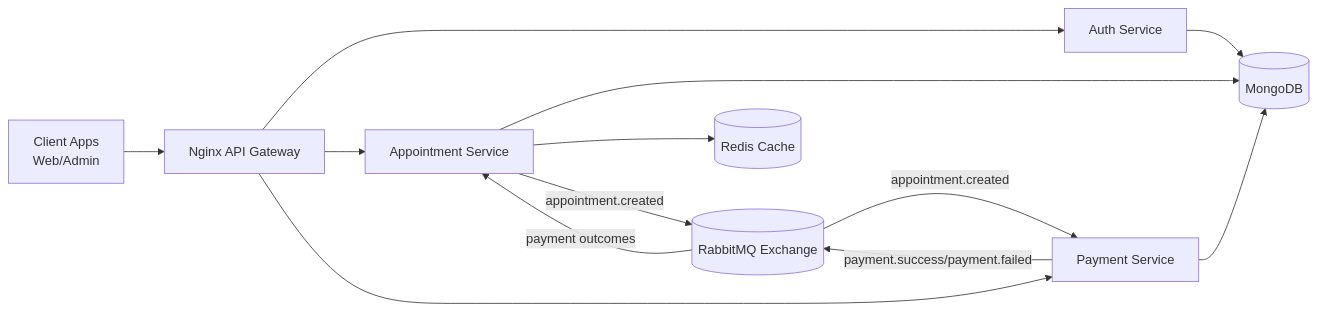
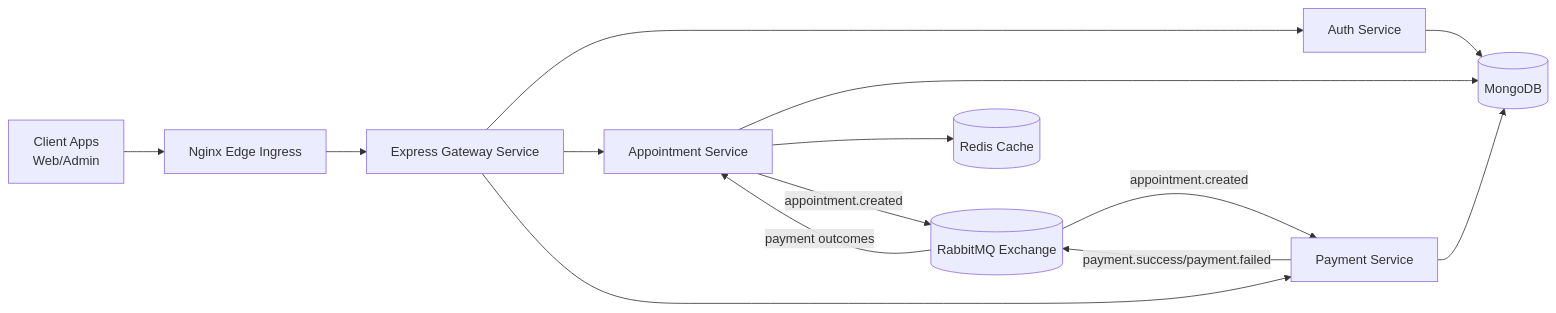
One commit to Keerthi7423/Smart-Appointment-Queue-Management-System changed the diagram in README.md. Above: the diagram before and after it, drawn with Mermaid. The commit also changed other lines of this file and 31 other files, not shown here.

First line of the commit message:
feat(platform): introduce API gateway and SaaS-style frontend dashboard

````diff
--- a/README.md
+++ b/README.md
@@ -7,19 +7,20 @@
 ```mermaid
 flowchart LR
-    C[Client Apps<br/>Web/Admin] --> G[Nginx API Gateway]
+    C[Client Apps<br/>Web/Admin] --> N[Nginx Edge Ingress]
 
+    N --> G[Express Gateway Service]
     G --> A[Auth Service]
     G --> AP[Appointment Service]
     G --> P[Payment Service]
 
     A --> M[(MongoDB)]
     AP --> M
     P --> M
 
     AP --> R[(Redis Cache)]
 
     AP -- appointment.created --> MQ[(RabbitMQ Exchange)]
     MQ -- appointment.created --> P
     P -- payment.success/payment.failed --> MQ
     MQ -- payment outcomes --> AP
 ```
````
